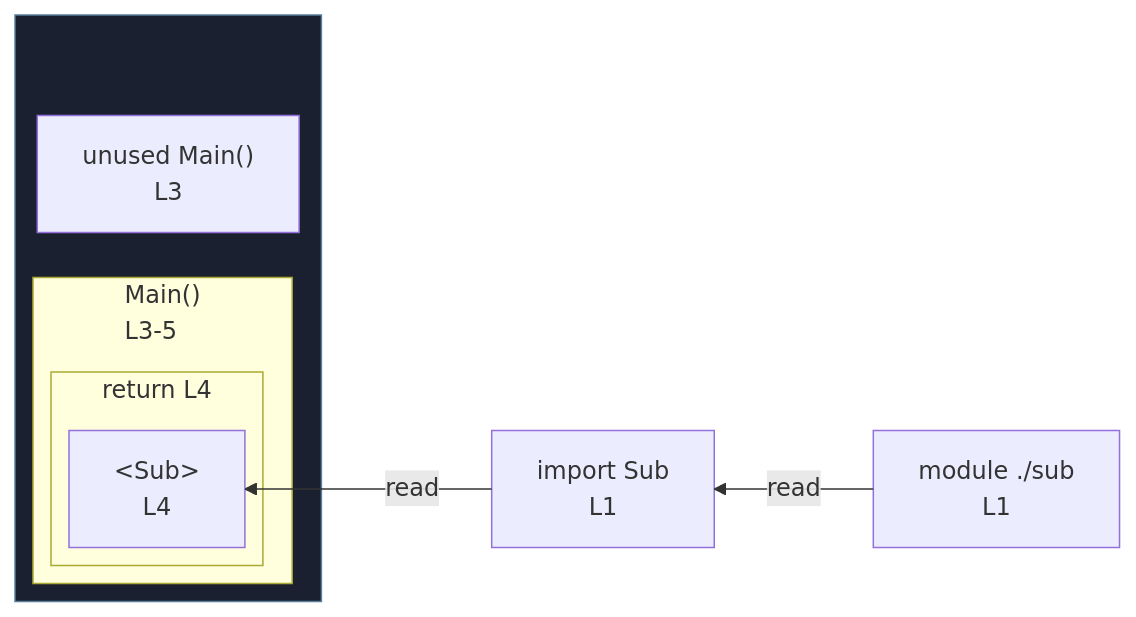
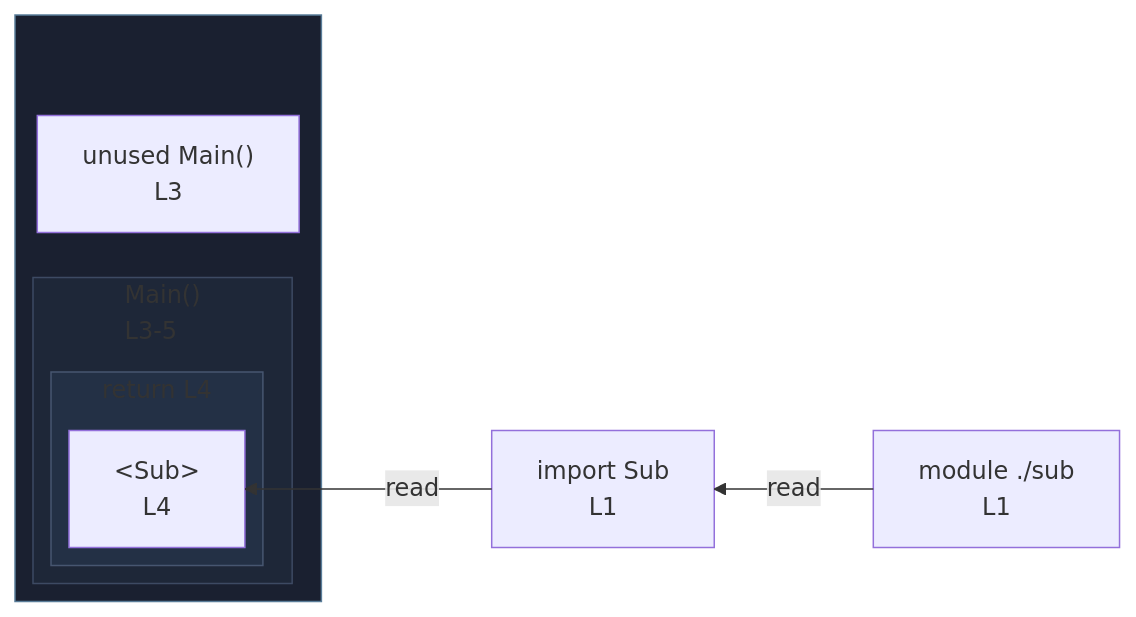
One commit to crescware/unsnarl changed the diagram in integration/fixtures/jsx/component-export/preview.md. Above: the diagram before and after it, drawn with Mermaid. The commit also changed 249 other files, not shown here.

First line of the commit message:
Color Mermaid subgraphs by nesting depth via theme palette

````diff
--- a/integration/fixtures/jsx/component-export/preview.md
+++ b/integration/fixtures/jsx/component-export/preview.md
@@ -15,21 +15,25 @@
 ```mermaid
 %%{init: {"flowchart": {"defaultRenderer": "elk"}}}%%
 flowchart RL
   n_scope_0_Sub_9["import Sub<br/>L1"]
   subgraph wrap_s_scope_1[" "]
     direction TB
     n_scope_0_Main_46["unused Main()<br/>L3"]
     subgraph s_scope_1["Main()<br/>L3-5"]
       direction RL
       subgraph s_return_scope_0_Main_46_57_79["return L4"]
         direction RL
         ret_use_ref_0["&lt;Sub&gt;<br/>L4"]
       end
     end
   end
   n_scope_0_Sub_9 -->|read| ret_use_ref_0
   mod___sub["module ./sub<br/>L1"]
   mod___sub -->|read| n_scope_0_Sub_9
   classDef fnWrap fill:#1a2030,stroke:#5a7d99;
   class wrap_s_scope_1 fnWrap;
+  classDef nestL1 fill:#1e2738,stroke:#3d4a63;
+  class s_scope_1 nestL1;
+  classDef nestL2 fill:#233045,stroke:#475670;
+  class s_return_scope_0_Main_46_57_79 nestL2;
 ```
````
